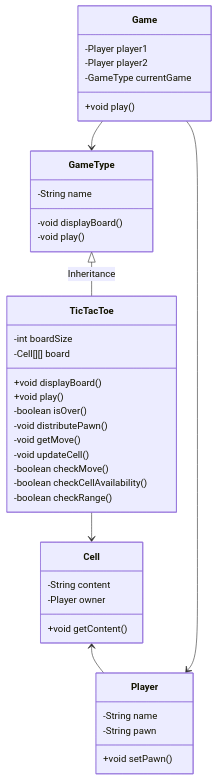
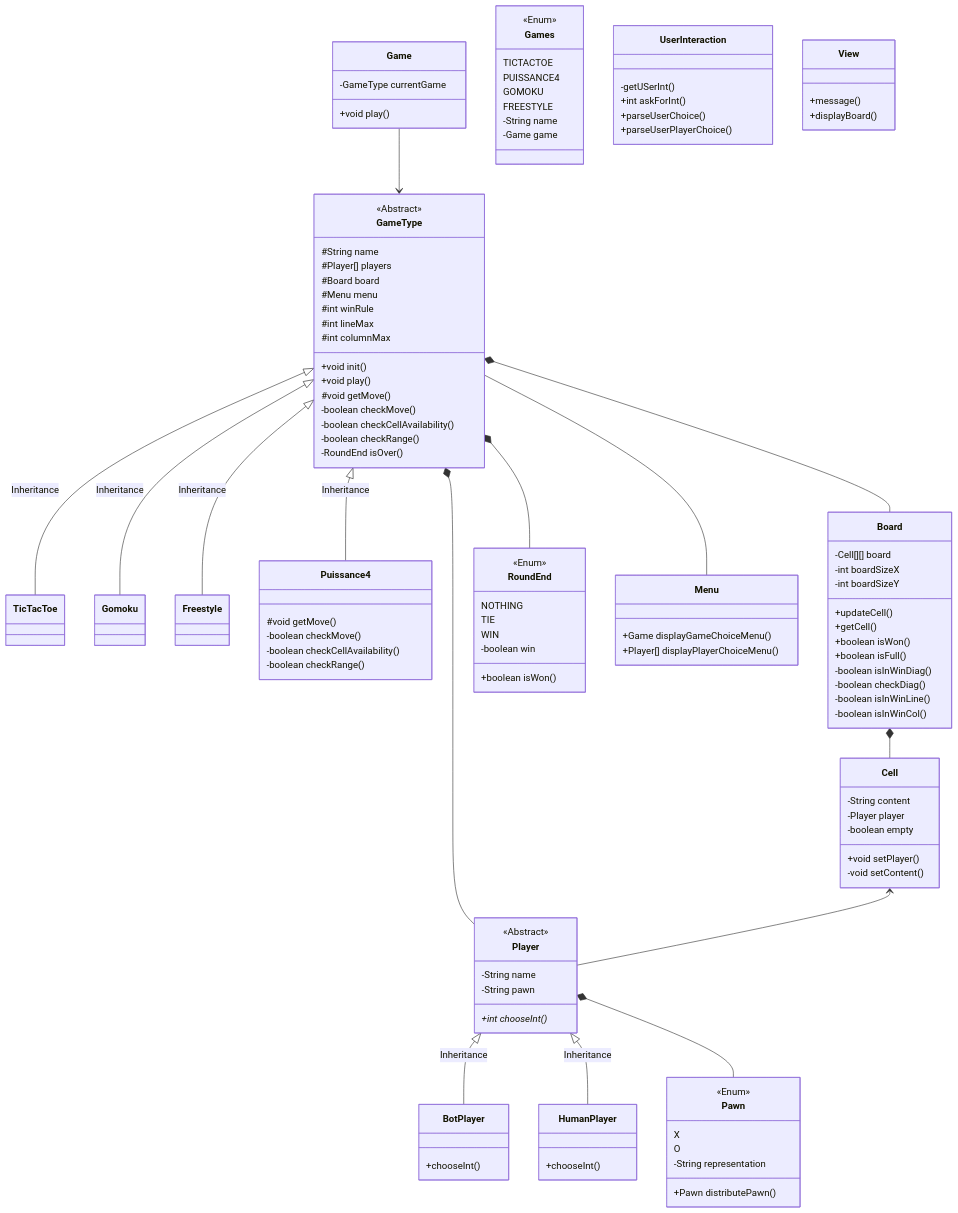
One commit to polmontou/TicTacShell changed the diagram in README.md. Above: the diagram before and after it, drawn with Mermaid. The commit also changed 11 other files, not shown here.

````diff
--- a/README.md
+++ b/README.md
@@ -2,42 +2,140 @@
 ```mermaid
 classDiagram
-    class Cell{
+    class Cell {
         -String content
-        -Player owner
-        +void getContent()
+        -Player player
+        -boolean empty
+
+        +void setPlayer()
+        -void setContent()
     }
-    class Player{
+
+    class Player {
+        <<Abstract>>
         -String name
         -String pawn
-        +void setPawn()
+
+        +int chooseInt()*
     }
-    class GameType {
-        -String name
-        -void displayBoard()
-        -void play()
+    class HumanPlayer{
+        +chooseInt()
+    }
+    class BotPlayer{
+        +chooseInt()
     }
     class Game {
-        -Player player1
-        -Player player2
         -GameType currentGame
         +void play()
     }
+    class GameType  {
+        <<Abstract>>
+        #String name
+        #Player[] players
+        #Board board
+        #Menu menu
+        #int winRule
+        #int lineMax
+        #int columnMax
+
+        +void init()
+        +void play()
+        #void getMove()
+        -boolean checkMove()
+        -boolean checkCellAvailability()
+        -boolean checkRange()
+        -RoundEnd isOver()
+    }
     class TicTacToe {
-        -int boardSize
-        -Cell[][] board
-        +void displayBoard()
-        +void play()
-        -boolean isOver()
-        -void distributePawn()
-        -void getMove()
-        -void updateCell()
+    }
+    class Gomoku{
+    }
+    class Freestyle{
+    }
+    class Puissance4{
+        #void getMove()
         -boolean checkMove()
         -boolean checkCellAvailability()
         -boolean checkRange()
     }
+
+    class Board {
+        -Cell[][] board
+        -int boardSizeX
+        -int boardSizeY
+
+        +updateCell()
+        +getCell()
+        +boolean isWon()
+        +boolean isFull()
+        -boolean isInWinDiag()
+        -boolean checkDiag()
+        -boolean isInWinLine()
+        -boolean isInWinCol()
+    }
+
+    class Pawn {
+        <<Enum>>
+        X
+        O
+        -String representation
+
+        +Pawn distributePawn()
+    }
+
+    class RoundEnd{
+        <<Enum>>
+        NOTHING
+        TIE
+        WIN
+        -boolean win
+
+        +boolean isWon()
+    }
+
+    class Games{
+        <<Enum>>
+        TICTACTOE
+        PUISSANCE4
+        GOMOKU
+        FREESTYLE
+        -String name
+        -Game game
+    }
+
+    class Menu{
+        +Game displayGameChoiceMenu()
+        +Player[] displayPlayerChoiceMenu()
+    }
+
+    class UserInteraction {
+        -getUSerInt()
+        +int askForInt()
+        +parseUserChoice()
+        +parseUserPlayerChoice()
+    }
+
+    class View{
+        +message()
+        +displayBoard()
+    }
+
     GameType <|-- TicTacToe : Inheritance
+    GameType <|-- Gomoku : Inheritance
+    GameType <|-- Freestyle : Inheritance
+    GameType <|-- Puissance4 : Inheritance
+    GameType*--Player
+    GameType*--Board
+    GameType--Menu
+    GameType*--RoundEnd
+
+    Board*--Cell
+
+    Player<|--BotPlayer : Inheritance
+    Player<|--HumanPlayer : Inheritance
+    Player*--Pawn
     Game --> GameType
-    TicTacToe --> Cell
+
     Cell <-- Player
-    Game --> Player
+
+
 ``` 
````
